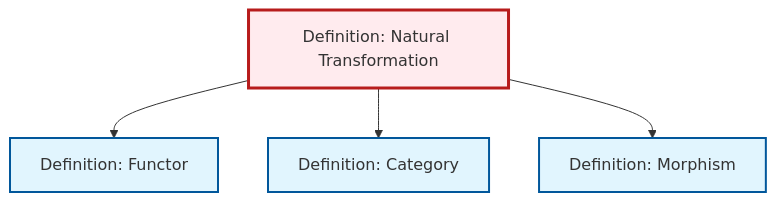
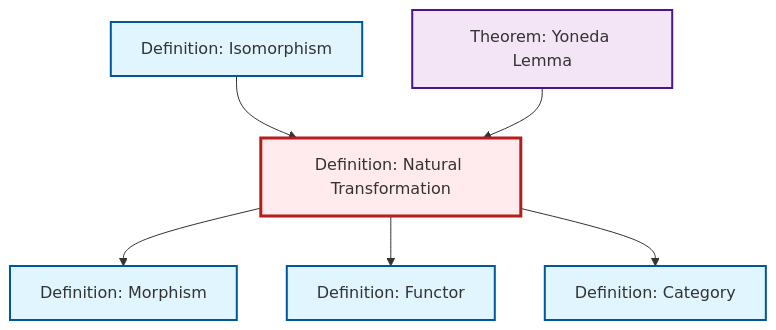
One commit to RK0429/ModernMath changed the diagram in content/en/category-theory/def-natural-transformation.qmd. Above: the diagram before and after it, drawn with Mermaid. The commit also changed other lines of this file and 203 other files, not shown here.

````diff
--- a/content/en/category-theory/def-natural-transformation.qmd
+++ b/content/en/category-theory/def-natural-transformation.qmd
@@ -59,21 +59,21 @@
 ```{mermaid}
 %%| fig-cap: "Local dependency graph"
 graph TD
     classDef definition fill:#e1f5fe,stroke:#01579b,stroke-width:2px
     classDef theorem fill:#f3e5f5,stroke:#4a148c,stroke-width:2px
     classDef axiom fill:#fff3e0,stroke:#e65100,stroke-width:2px
     classDef example fill:#e8f5e9,stroke:#1b5e20,stroke-width:2px
     classDef current fill:#ffebee,stroke:#b71c1c,stroke-width:3px
+    def-isomorphism["Definition: Isomorphism"]:::definition
+    def-morphism["Definition: Morphism"]:::definition
     def-functor["Definition: Functor"]:::definition
-    def-morphism["Definition: Morphism"]:::definition
+    def-category["Definition: Category"]:::definition
+    thm-yoneda["Theorem: Yoneda Lemma"]:::theorem
     def-natural-transformation["Definition: Natural Transformation"]:::definition
-    def-category["Definition: Category"]:::definition
+    def-natural-transformation --> def-morphism
+    def-isomorphism --> def-natural-transformation
     def-natural-transformation --> def-functor
     def-natural-transformation --> def-category
-    def-natural-transformation --> def-morphism
+    thm-yoneda --> def-natural-transformation
     class def-natural-transformation current
-
-    click def-functor "def-functor.html" "Go to Functor definition"
-    click def-morphism "def-morphism.html" "Go to Morphism definition"
-    click def-category "def-category.html" "Go to Category definition"
 ```
````
